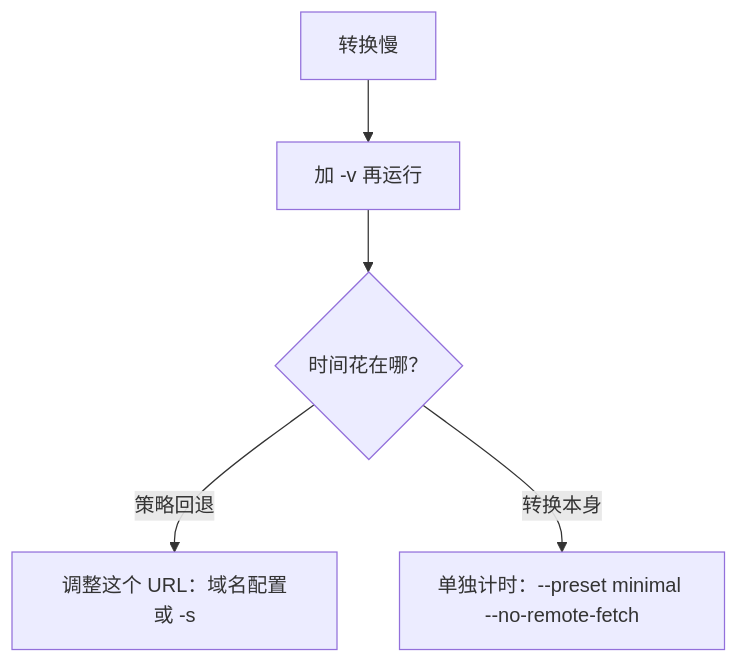
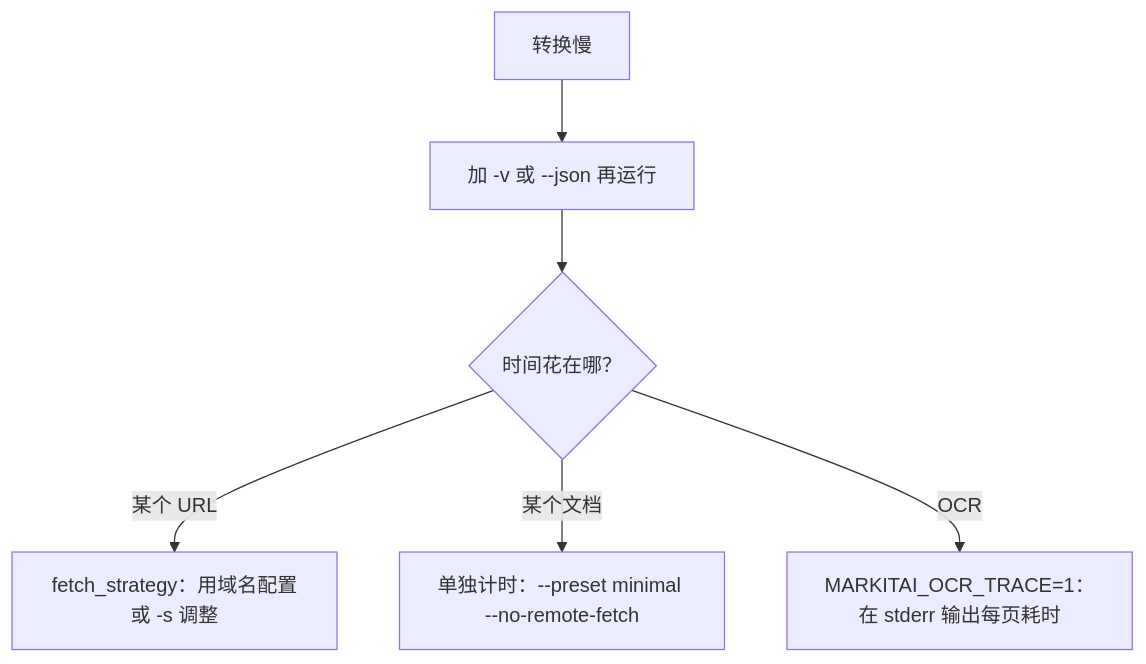
Before and after one commit to Ynewtime/markitai: the second of 2 diagrams in website/zh/guide/performance.md, drawn with Mermaid. The commit also changed other lines of this file and 38 other files, not shown here.

````diff
--- a/website/zh/guide/performance.md
+++ b/website/zh/guide/performance.md
@@ -82,7 +34,8 @@
 ```mermaid
 flowchart TD
-  S[转换慢] --> V["加 -v 再运行"]
+  S[转换慢] --> V["加 -v 或 --json 再运行"]
   V --> Q{"时间花在哪？"}
-  Q -->|"策略回退"| F["调整这个 URL：域名配置或 -s"]
-  Q -->|"转换本身"| M["单独计时：--preset minimal --no-remote-fetch"]
+  Q -->|"某个 URL"| F["fetch_strategy：用域名配置或 -s 调整"]
+  Q -->|"某个文档"| M["单独计时：--preset minimal --no-remote-fetch"]
+  Q -->|"OCR"| T["MARKITAI_OCR_TRACE=1：在 stderr 输出每页耗时"]
 ```
````
